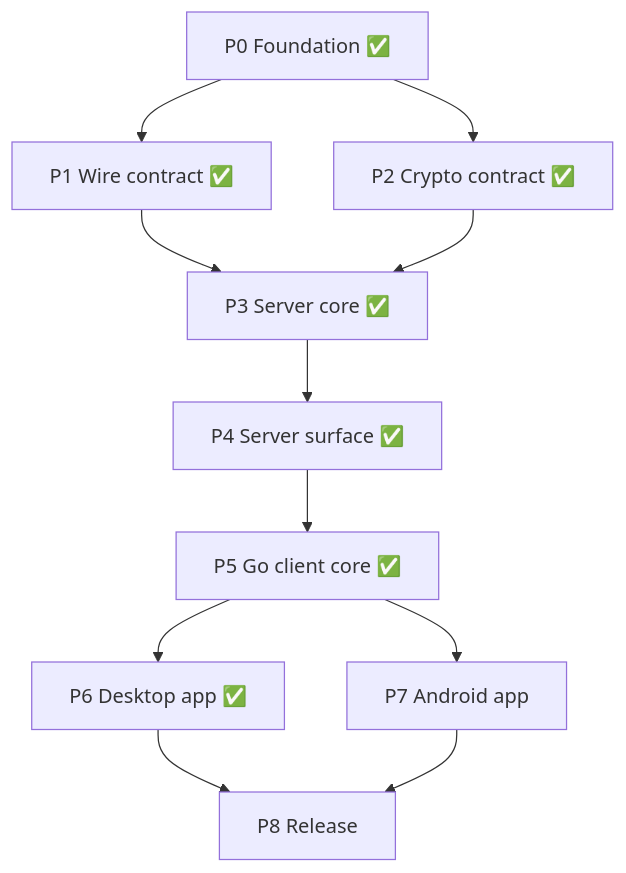
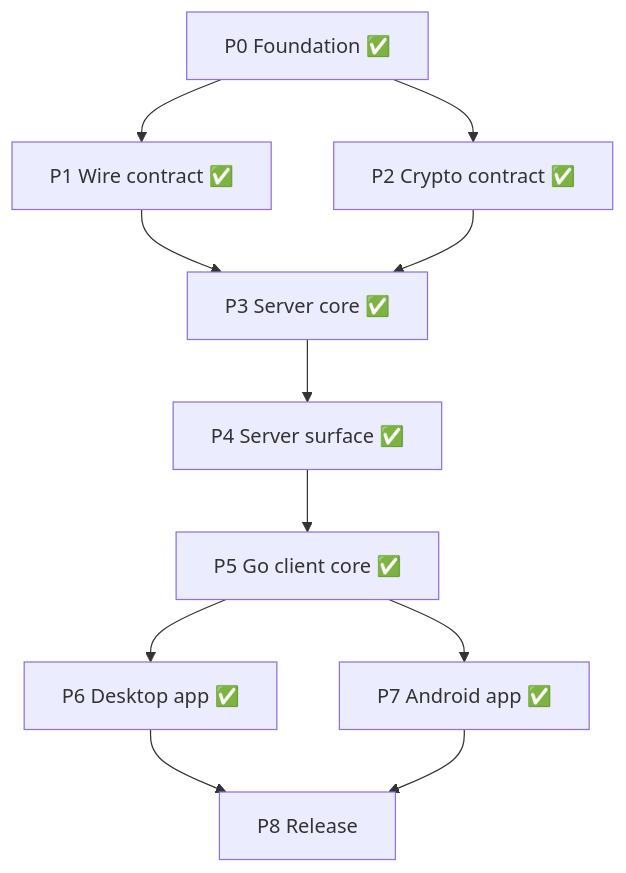
The diagram in docs/ROADMAP.md (Mark7888/two-place-paste), drawn with Mermaid before and after one commit. The commit also changed other lines of this file, not shown here.

````diff
--- a/docs/ROADMAP.md
+++ b/docs/ROADMAP.md
@@ -127,13 +131,13 @@
 ```mermaid
 graph TD
     P0["P0 Foundation ✅"] --> P1["P1 Wire contract ✅"]
     P0 --> P2["P2 Crypto contract ✅"]
     P1 --> P3["P3 Server core ✅"]
     P2 --> P3
     P3 --> P4["P4 Server surface ✅"]
     P4 --> P5["P5 Go client core ✅"]
     P5 --> P6["P6 Desktop app ✅"]
-    P5 --> P7["P7 Android app"]
+    P5 --> P7["P7 Android app ✅"]
     P6 --> P8["P8 Release"]
     P7 --> P8
 ```
````
